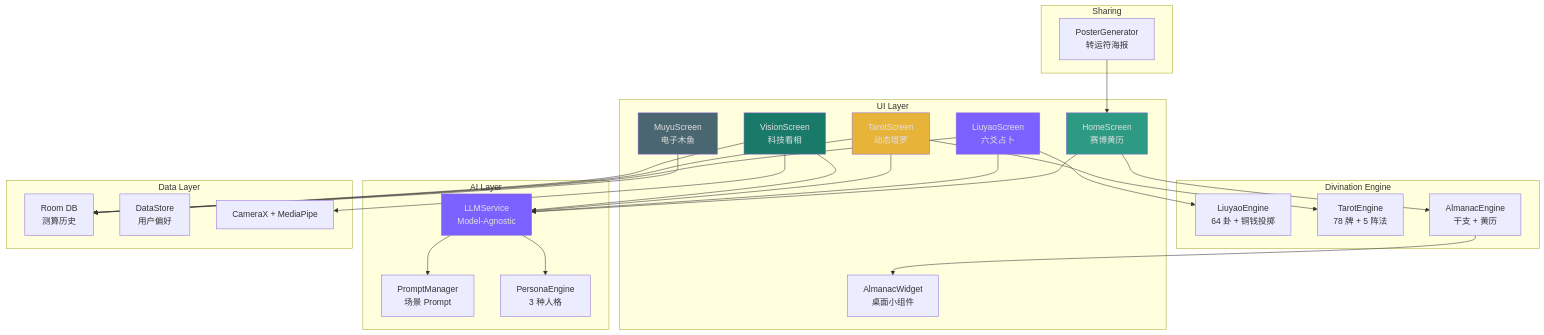
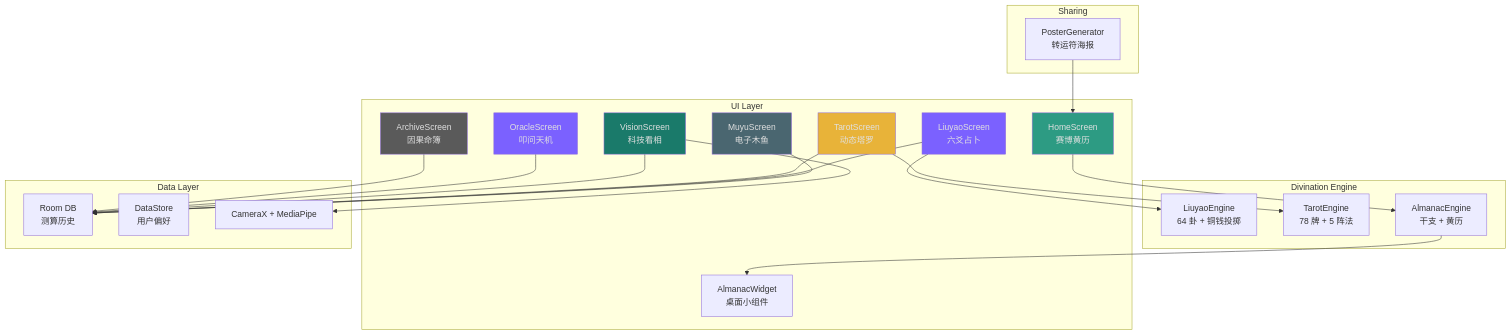
The diagram in README.md (sinonchum/CyberDiviner), drawn with Mermaid before and after one commit. The commit also changed other lines of this file and 51 other files, not shown here.

````diff
--- a/README.md
+++ b/README.md
@@ -54,57 +56,50 @@
 ```mermaid
 graph TB
     subgraph UI["UI Layer"]
         HOME["HomeScreen\n赛博黄历"]
+        ORACLE["OracleScreen\n叩问天机"]
         LIUYAO["LiuyaoScreen\n六爻占卜"]
         TAROT["TarotScreen\n动态塔罗"]
         VISION["VisionScreen\n科技看相"]
         MUYU["MuyuScreen\n电子木鱼"]
+        ARCHIVE["ArchiveScreen\n因果命簿"]
         WIDGET["AlmanacWidget\n桌面小组件"]
-    end
-
-    subgraph AI["AI Layer"]
-        LLM["LLMService\nModel-Agnostic"]
-        PROMPT["PromptManager\n场景 Prompt"]
-        PERSONA["PersonaEngine\n3 种人格"]
     end
 
     subgraph ENG["Divination Engine"]
         LIUYAO_E["LiuyaoEngine\n64 卦 + 铜钱投掷"]
         TAROT_E["TarotEngine\n78 牌 + 5 阵法"]
         ALMANAC["AlmanacEngine\n干支 + 黄历"]
     end
 
     subgraph DATA["Data Layer"]
         ROOM["Room DB\n测算历史"]
         DS["DataStore\n用户偏好"]
         CAM["CameraX + MediaPipe"]
     end
 
     subgraph SHARE["Sharing"]
         POSTER["PosterGenerator\n转运符海报"]
     end
 
     HOME --> ALMANAC
-    HOME --> LLM
     LIUYAO --> LIUYAO_E
-    LIUYAO --> LLM
     TAROT --> TAROT_E
-    TAROT --> LLM
     VISION --> CAM
-    VISION --> LLM
     MUYU --> ROOM
-    LLM --> PROMPT
-    LLM --> PERSONA
     LIUYAO --> ROOM
     TAROT --> ROOM
     VISION --> ROOM
     ALMANAC --> WIDGET
     POSTER --> HOME
+    ORACLE --> ROOM
+    ARCHIVE --> ROOM
 
     style HOME fill:#2D9B83,color:#E0E0E0
+    style ORACLE fill:#7B61FF,color:#E0E0E0
     style LIUYAO fill:#7B61FF,color:#E0E0E0
     style TAROT fill:#E8B339,color:#E0E0E0
     style VISION fill:#1A7A6A,color:#E0E0E0
     style MUYU fill:#4A6670,color:#E0E0E0
-    style LLM fill:#7B61FF,color:#E0E0E0
+    style ARCHIVE fill:#5A5A5A,color:#E0E0E0
 ```
````
